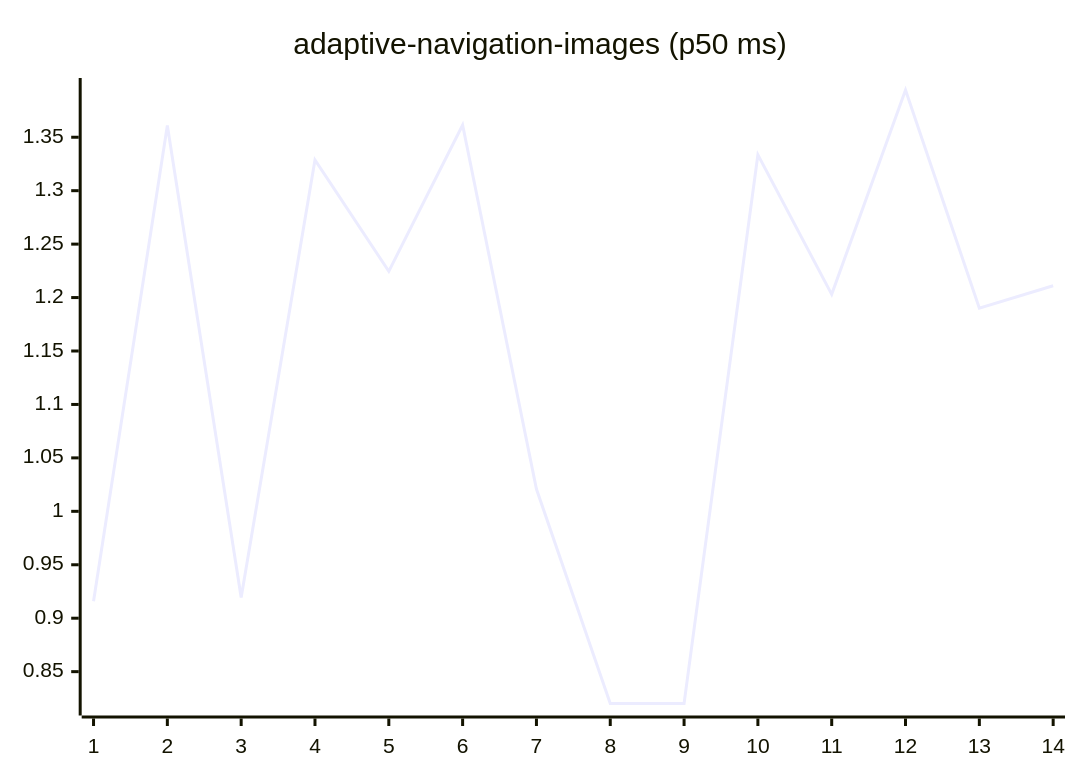
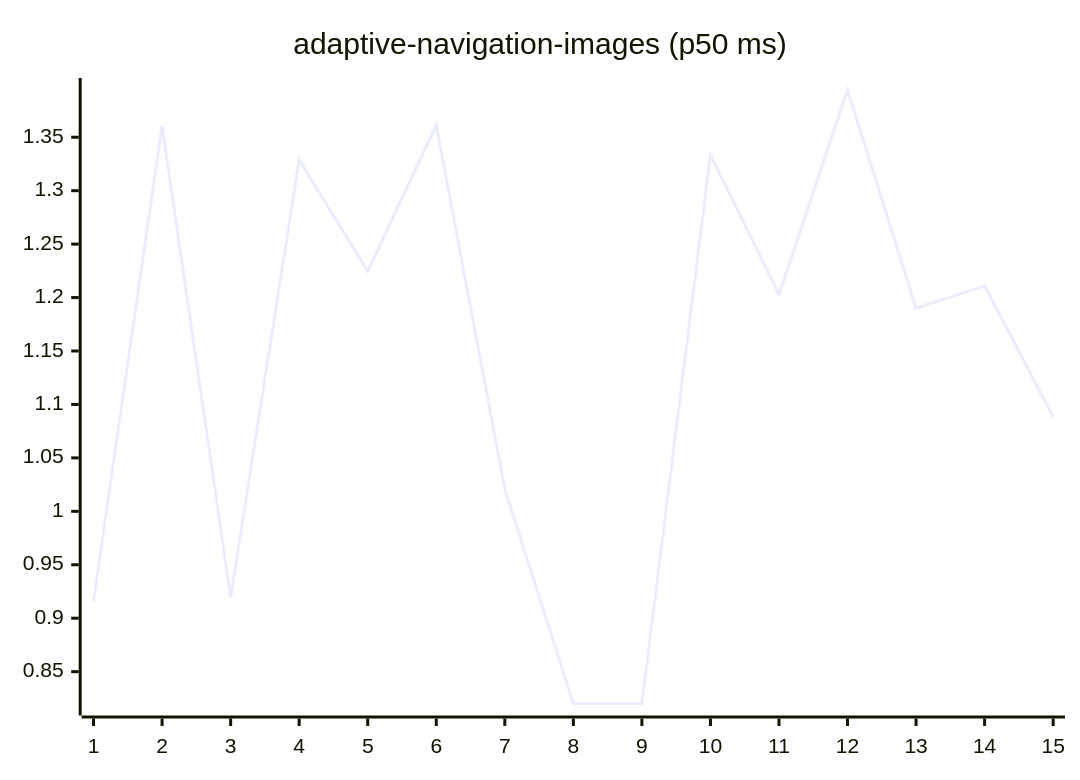
Before and after one commit to josha/Facet: the first of 27 diagrams in README.md, drawn with Mermaid. The commit also changed other lines of this file and 2 other files, not shown here.

````diff
--- a/README.md
+++ b/README.md
@@ -63,6 +63,6 @@
 ```mermaid
 xychart-beta
     title "adaptive-navigation-images (p50 ms)"
-    x-axis 1 --> 14
-    line [0.9159, 1.3609, 0.9193, 1.3288, 1.2245, 1.3615, 1.0208, 0.8202, 0.8203, 1.3336, 1.2030, 1.3942, 1.1900, 1.2110]
+    x-axis 1 --> 15
+    line [0.9159, 1.3609, 0.9193, 1.3288, 1.2245, 1.3615, 1.0208, 0.8202, 0.8203, 1.3336, 1.2030, 1.3942, 1.1900, 1.2110, 1.0882]
 ```
````
